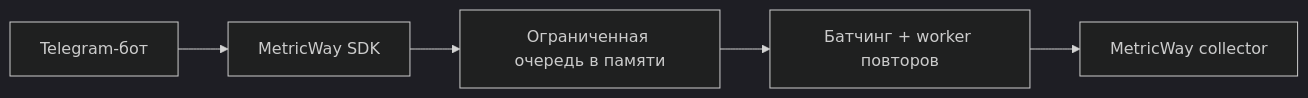
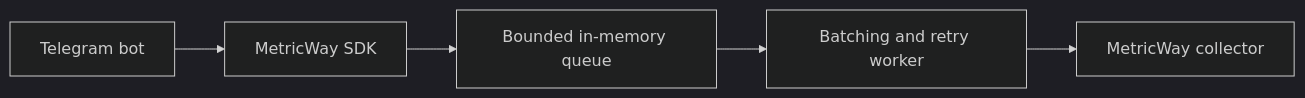
Before and after one commit to urlifeceo/metricway-sdk: the diagram in README.md, drawn with Mermaid (dark theme). The commit also changed other lines of this file, not shown here.

````diff
--- a/README.md
+++ b/README.md
@@ -69,7 +78,7 @@
 ```mermaid
 flowchart LR
-    Bot[Telegram-бот] --> SDK[MetricWay SDK]
-    SDK --> Queue[Ограниченная очередь в памяти]
-    Queue --> Batch[Батчинг + worker повторов]
+    Bot[Telegram bot] --> SDK[MetricWay SDK]
+    SDK --> Queue[Bounded in-memory queue]
+    Queue --> Batch[Batching and retry worker]
     Batch --> Collector[MetricWay collector]
 ```
````
